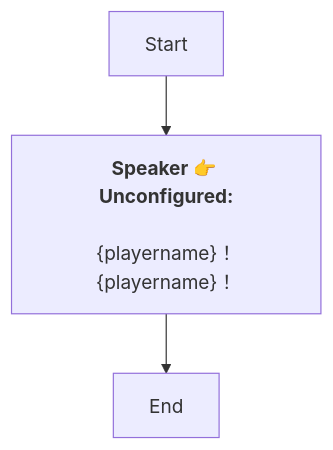
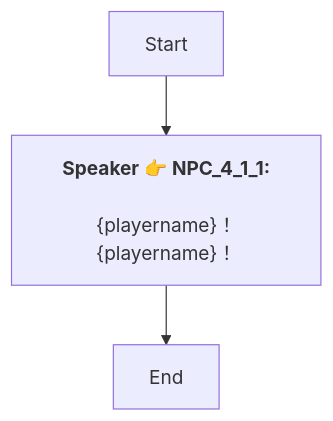
One commit to SoftHu/tos_avg changed the diagram in En/QuestApproachDialogNode_1768887846804455.md. Above: the diagram before and after it, drawn with Mermaid. The commit also changed 737 other files, not shown here.

````diff
--- a/En/QuestApproachDialogNode_1768887846804455.md
+++ b/En/QuestApproachDialogNode_1768887846804455.md
@@ -1,8 +1,7 @@
 ```mermaid
 graph
-Start -->1768887913663466[<b>Speaker 👉 Unconfigured:</b>
-
-&lbrace;playername&rbrace;！&lbrace;playername&rbrace;！]
+Start -->1768887913663466[<b>Speaker 👉 NPC_4_1_1:</b>
+\n&lbrace;playername&rbrace;！&lbrace;playername&rbrace;！]
 1768887913663466 -->1768887926735851[End]
 
- ```
+```
````
